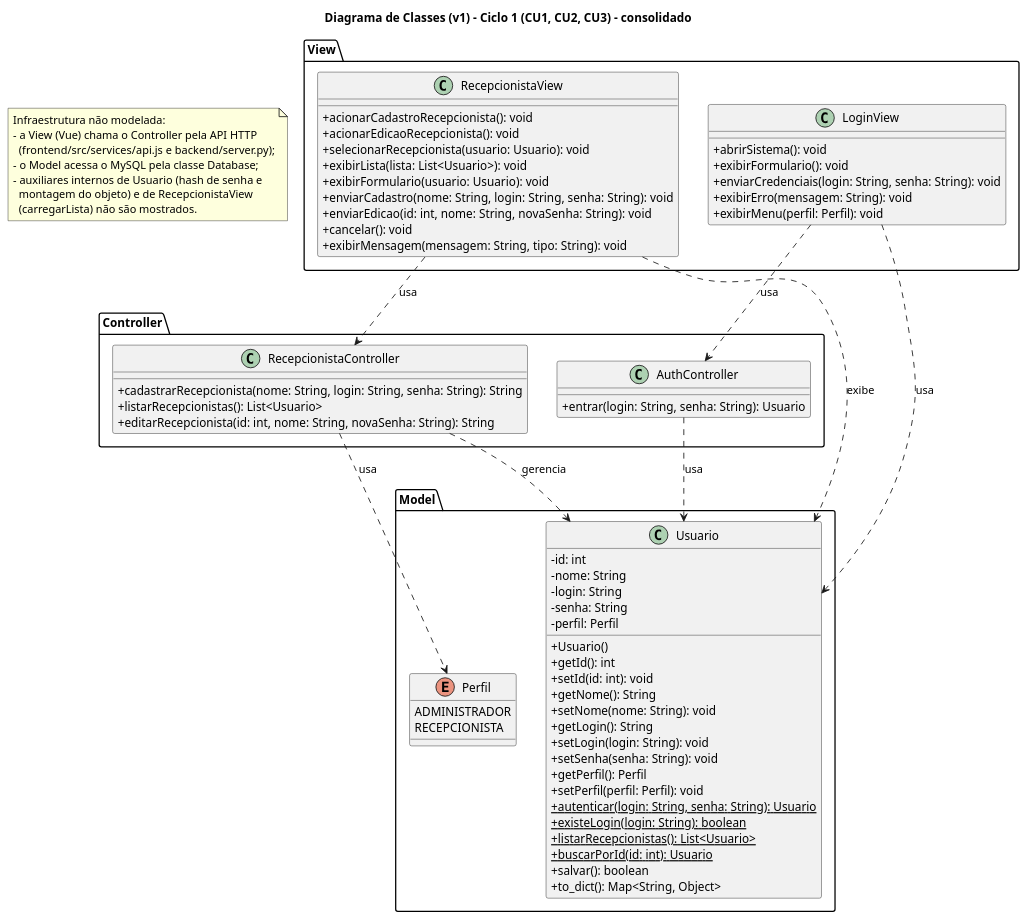
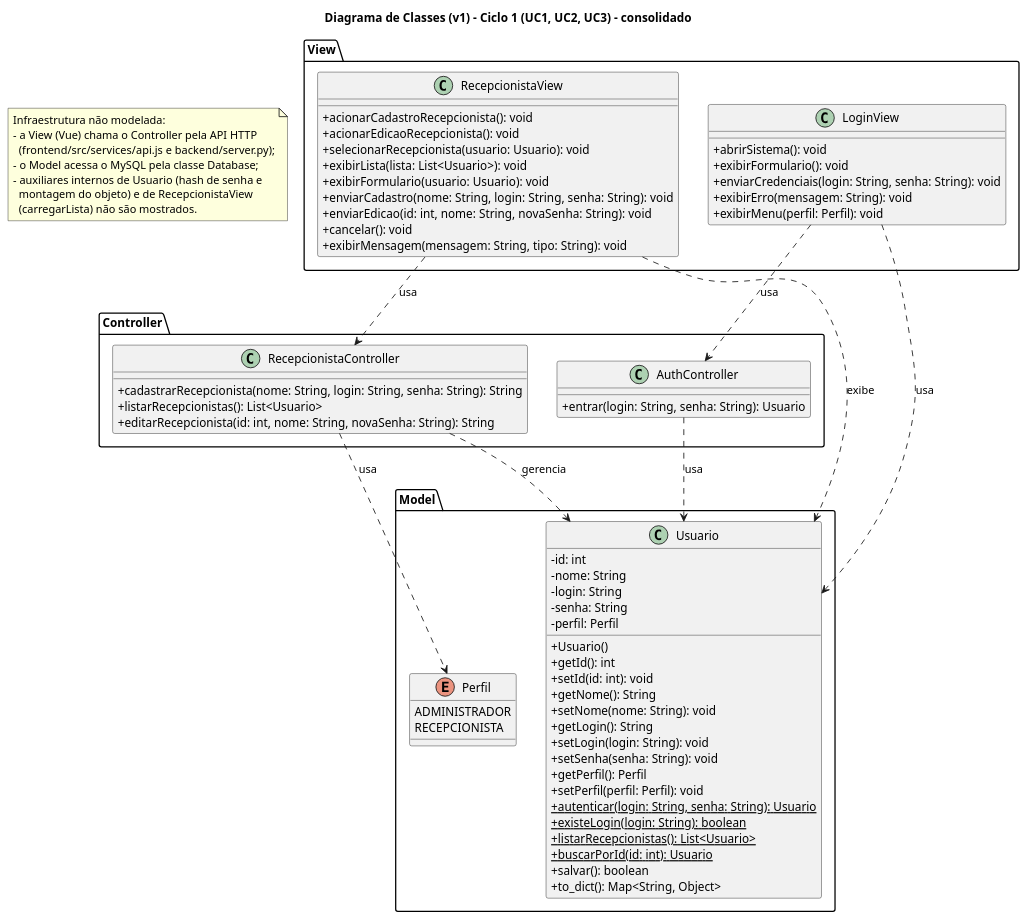
The diagram in documentacao/diagramas/classes/diagrama_classes_v1.puml (MauricioErmel/Agenda-Medica), drawn with PlantUML before and after one commit. The commit also changed 126 other files, not shown here.

```diff
--- a/documentacao/diagramas/classes/diagrama_classes_v1.puml
+++ b/documentacao/diagramas/classes/diagrama_classes_v1.puml
@@ -1,88 +1,88 @@
 @startuml
-title Diagrama de Classes (v1) - Ciclo 1 (CU1, CU2, CU3) - consolidado
+title Diagrama de Classes (v1) - Ciclo 1 (UC1, UC2, UC3) - consolidado
 skinparam classAttributeIconSize 0
 
 package "View" {
   class LoginView {
     + abrirSistema(): void
     + exibirFormulario(): void
     + enviarCredenciais(login: String, senha: String): void
     + exibirErro(mensagem: String): void
     + exibirMenu(perfil: Perfil): void
   }
 
   class RecepcionistaView {
     + acionarCadastroRecepcionista(): void
     + acionarEdicaoRecepcionista(): void
     + selecionarRecepcionista(usuario: Usuario): void
     + exibirLista(lista: List<Usuario>): void
     + exibirFormulario(usuario: Usuario): void
     + enviarCadastro(nome: String, login: String, senha: String): void
     + enviarEdicao(id: int, nome: String, novaSenha: String): void
     + cancelar(): void
     + exibirMensagem(mensagem: String, tipo: String): void
   }
 }
 
 package "Controller" {
   class AuthController {
     + entrar(login: String, senha: String): Usuario
   }
 
   class RecepcionistaController {
     + cadastrarRecepcionista(nome: String, login: String, senha: String): String
     + listarRecepcionistas(): List<Usuario>
     + editarRecepcionista(id: int, nome: String, novaSenha: String): String
   }
 }
 
 package "Model" {
   enum Perfil {
     ADMINISTRADOR
     RECEPCIONISTA
   }
 
   class Usuario {
     - id: int
     - nome: String
     - login: String
     - senha: String
     - perfil: Perfil
     + Usuario()
     + getId(): int
     + setId(id: int): void
     + getNome(): String
     + setNome(nome: String): void
     + getLogin(): String
     + setLogin(login: String): void
     + setSenha(senha: String): void
     + getPerfil(): Perfil
     + setPerfil(perfil: Perfil): void
     + {static} autenticar(login: String, senha: String): Usuario
     + {static} existeLogin(login: String): boolean
     + {static} listarRecepcionistas(): List<Usuario>
     + {static} buscarPorId(id: int): Usuario
     + salvar(): boolean
     + to_dict(): Map<String, Object>
   }
 }
 
 note as Infra
   Infraestrutura não modelada:
   - a View (Vue) chama o Controller pela API HTTP
     (frontend/src/services/api.js e backend/server.py);
   - o Model acessa o MySQL pela classe Database;
   - auxiliares internos de Usuario (hash de senha e
     montagem do objeto) e de RecepcionistaView
     (carregarLista) não são mostrados.
 end note
 
 LoginView ..> AuthController : usa
 LoginView ..> Usuario : usa
 RecepcionistaView ..> RecepcionistaController : usa
 RecepcionistaView ..> Usuario : exibe
 AuthController ..> Usuario : usa
 RecepcionistaController ..> Usuario : gerencia
 RecepcionistaController ..> Perfil : usa
 
 @enduml
```
